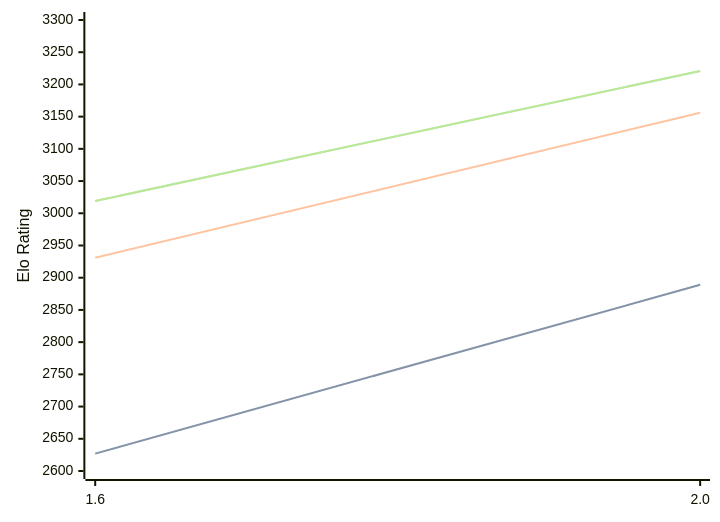
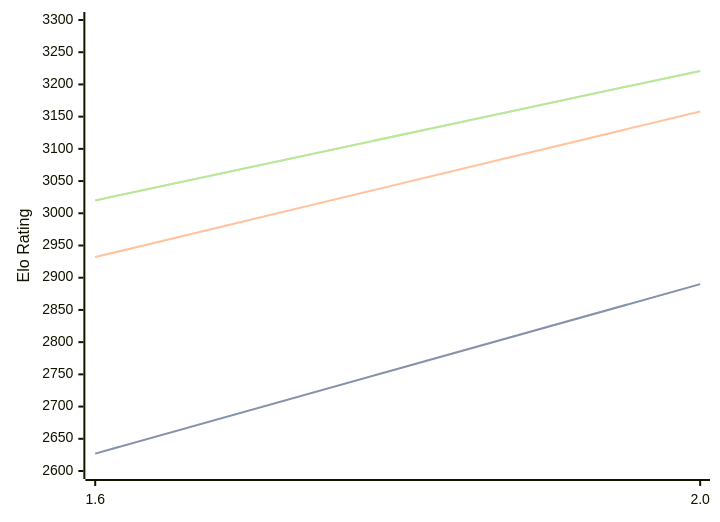
The diagram in engines/Onyx.md (computer-chess-index/cci), drawn with Mermaid before and after one commit. The commit also changed other lines of this file, not shown here.

Commit message:
Update CCI Ratings (ELO VLTC) - 2026-08-29

````diff
--- a/engines/Onyx.md
+++ b/engines/Onyx.md
@@ -32,11 +32,11 @@
 ```mermaid
 %%{init: {"theme":"base","themeVariables":{"seriesColors:['#a3a3a3','#222221','#faa371']}}}%%
 xychart-beta
   x-axis ["1.6", "2.0"]
   y-axis "Elo Rating" 2600 --> 3300
-  line "" [2627, 2889]
-  line "STC (8.0+0.08s)" [2627, 2889]
-  line "LTC (60.0+0.60s)" [2931, 3156]
-  line "" [3019, 3221]
-  line "VLTC (2m24s+1.12s)" [3019, 3221]
+  line "" [2627, 2890]
+  line "STC (8.0+0.08s)" [2627, 2890]
+  line "LTC (60.0+0.60s)" [2932, 3158]
+  line "" [3020, 3221]
+  line "VLTC (2m24s+1.12s)" [3020, 3221]
 ```
````
